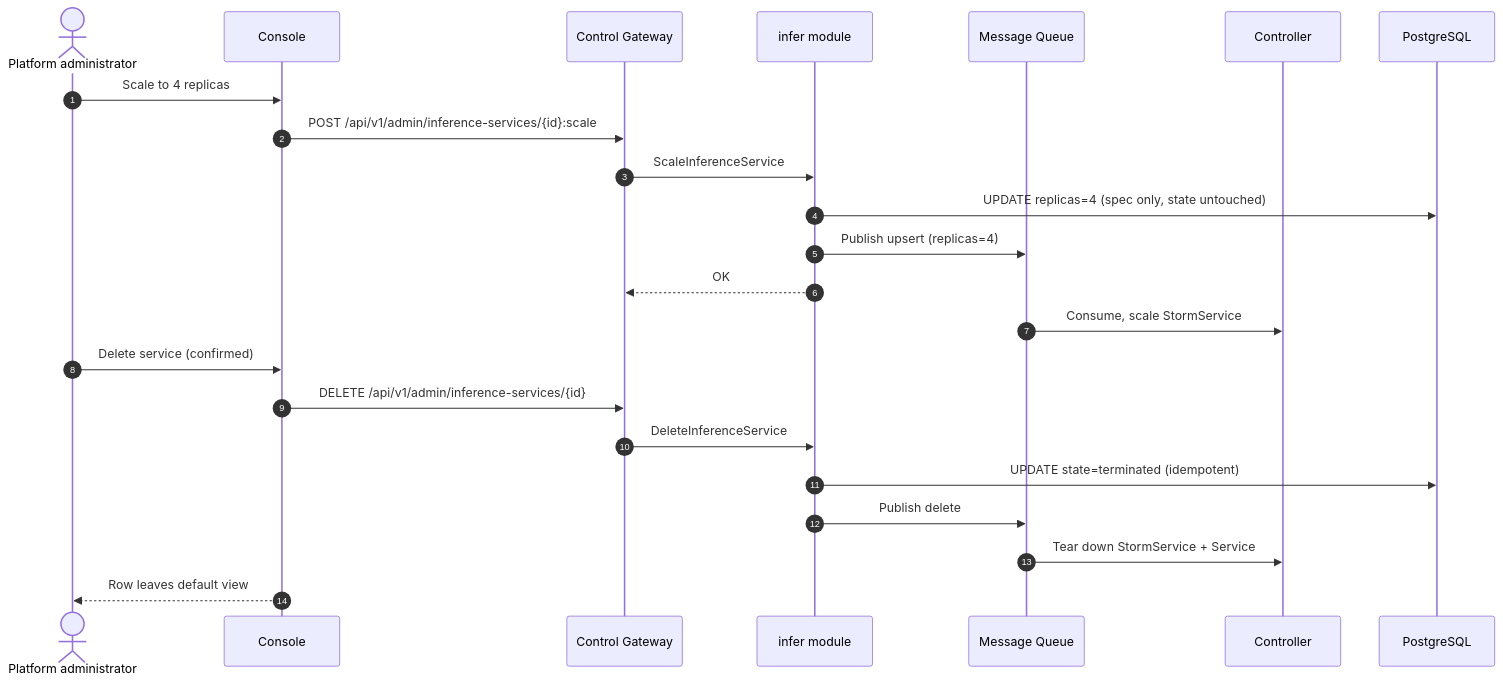
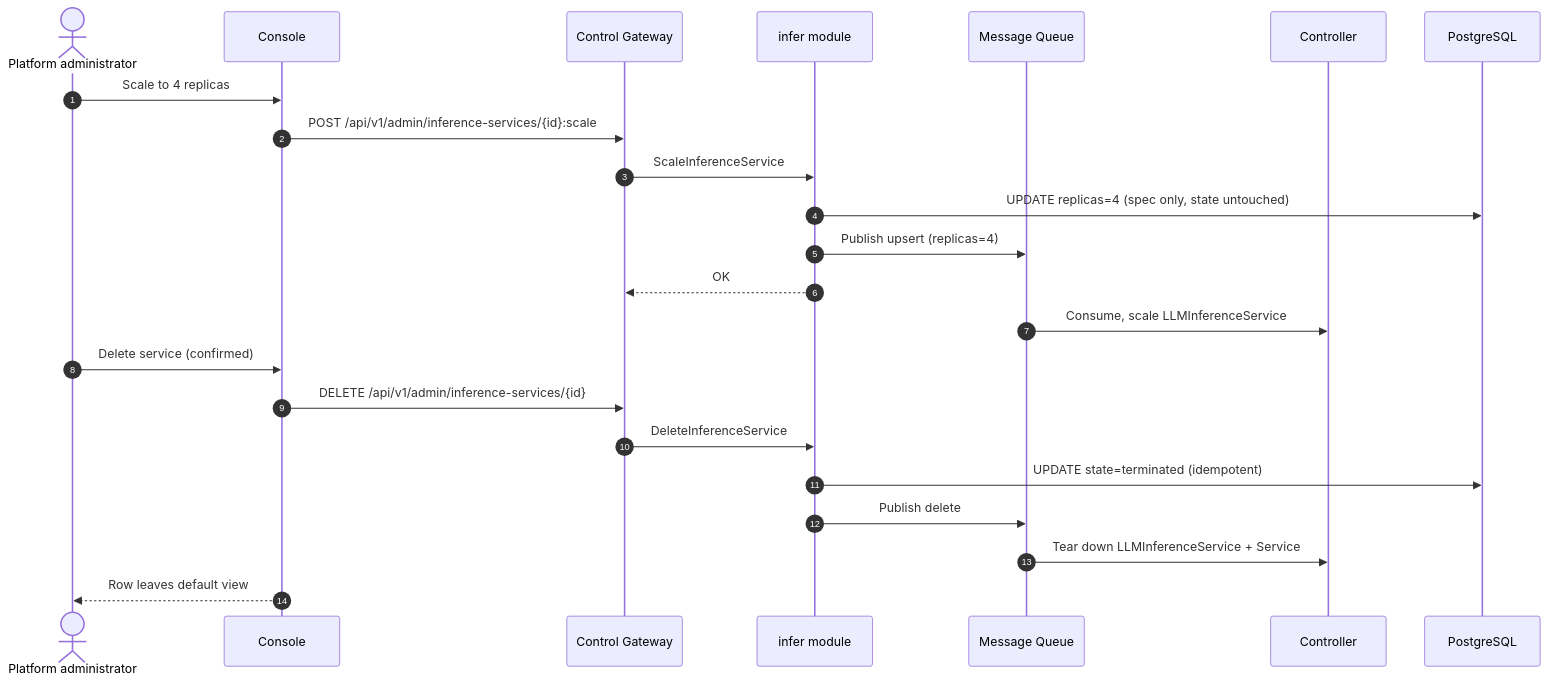
One commit to go-taas/go-taas changed the fifth of 5 diagrams in site/docs/architecture/model-catalog-deployment.md. Above: the diagram before and after it, drawn with Mermaid. The commit also changed other lines of this file and 151 other files, not shown here.

````diff
--- a/site/docs/architecture/model-catalog-deployment.md
+++ b/site/docs/architecture/model-catalog-deployment.md
@@ -392,26 +392,26 @@
 ```mermaid
 sequenceDiagram
     autonumber
     actor Admin as Platform administrator
     participant Console as Console
     participant CGW as Control Gateway
     participant Infer as infer module
     participant MQ as Message Queue
     participant CTRL as Controller
     participant DB as PostgreSQL
 
     Admin->>Console: Scale to 4 replicas
     Console->>CGW: POST /api/v1/admin/inference-services/{id}:scale
     CGW->>Infer: ScaleInferenceService
     Infer->>DB: UPDATE replicas=4 (spec only, state untouched)
     Infer->>MQ: Publish upsert (replicas=4)
     Infer-->>CGW: OK
-    MQ->>CTRL: Consume, scale StormService
+    MQ->>CTRL: Consume, scale LLMInferenceService
     Admin->>Console: Delete service (confirmed)
     Console->>CGW: DELETE /api/v1/admin/inference-services/{id}
     CGW->>Infer: DeleteInferenceService
     Infer->>DB: UPDATE state=terminated (idempotent)
     Infer->>MQ: Publish delete
-    MQ->>CTRL: Tear down StormService + Service
+    MQ->>CTRL: Tear down LLMInferenceService + Service
     Console-->>Admin: Row leaves default view
 ```
````
